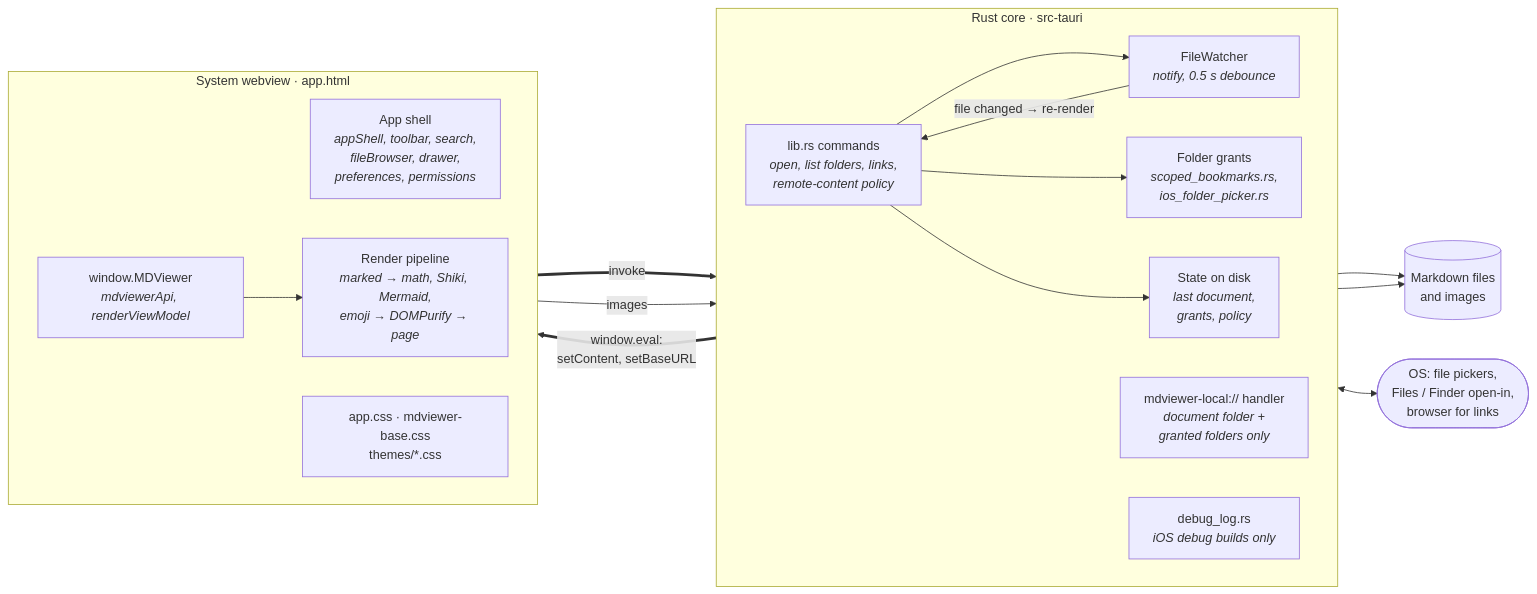
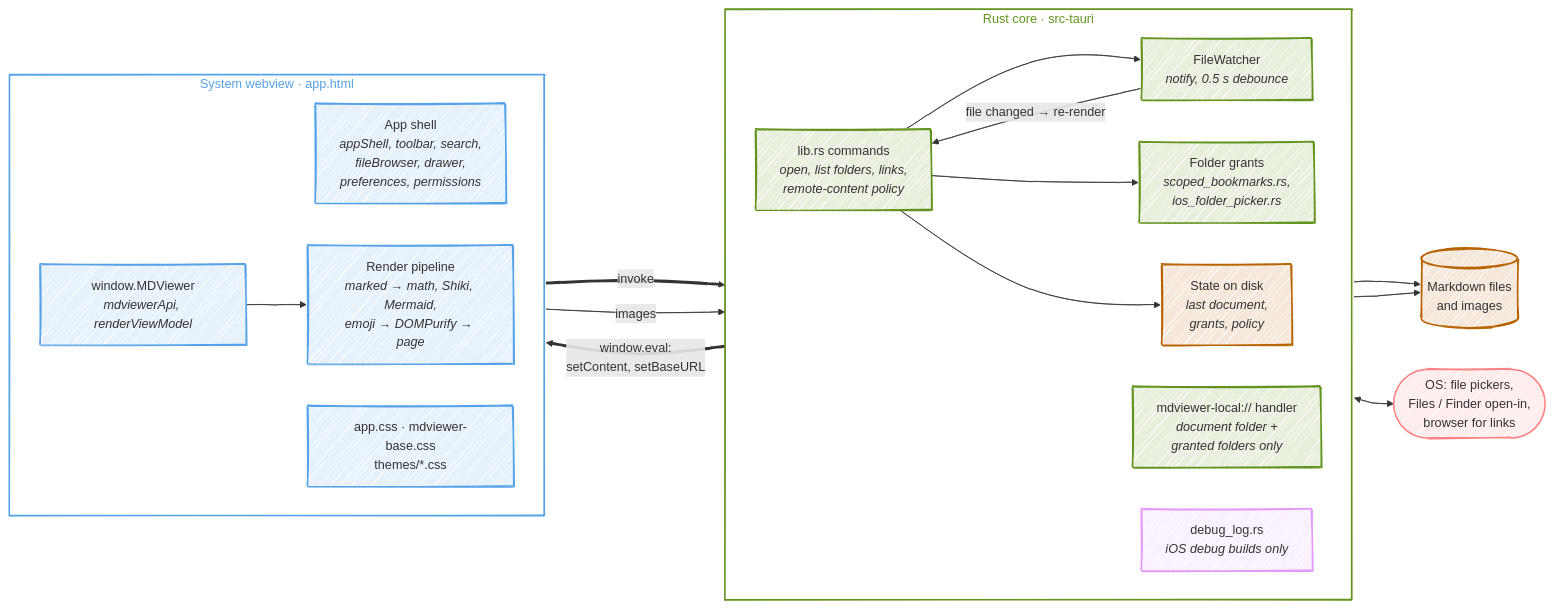
Before and after one commit to devicemanager/mdviewer: the first of 3 diagrams in docs/development/architecture.md, drawn with Mermaid. The commit also changed other lines of this file and 1 other file, not shown here.

First line of the commit message:
Draw the architecture diagrams in a hand-drawn style

````diff
--- a/docs/development/architecture.md
+++ b/docs/development/architecture.md
@@ -21,35 +21,53 @@
 ```mermaid
+---
+config:
+  look: handDrawn
+  fontFamily: "Comic Sans MS, Chalkboard SE, Segoe Print, cursive"
+---
 flowchart LR
     subgraph rust["Rust core · src-tauri"]
         direction LR
         cmds["lib.rs commands<br/><i>open, list folders, links,<br/>remote-content policy</i>"]
         scheme["mdviewer-local:// handler<br/><i>document folder +<br/>granted folders only</i>"]
         watcher["FileWatcher<br/><i>notify, 0.5 s debounce</i>"]
         grants["Folder grants<br/><i>scoped_bookmarks.rs,<br/>ios_folder_picker.rs</i>"]
         state["State on disk<br/><i>last document,<br/>grants, policy</i>"]
         dbg["debug_log.rs<br/><i>iOS debug builds only</i>"]
     end
 
     subgraph page["System webview · app.html"]
         direction LR
         shell["App shell<br/><i>appShell, toolbar, search,<br/>fileBrowser, drawer,<br/>preferences, permissions</i>"]
         api["window.MDViewer<br/><i>mdviewerApi, renderViewModel</i>"]
         pipeline["Render pipeline<br/><i>marked → math, Shiki, Mermaid,<br/>emoji → DOMPurify → page</i>"]
         styles["app.css · mdviewer-base.css<br/>themes/*.css"]
     end
 
     os(["OS: file pickers,<br/>Files / Finder open-in,<br/>browser for links"])
     disk[("Markdown files<br/>and images")]
 
     shell ==>|"invoke"| cmds
     cmds ==>|"window.eval:<br/>setContent, setBaseURL"| api
     api --> pipeline
     page -->|"images"| scheme
     cmds --> watcher
     cmds --> grants
     cmds --> state
     watcher -->|"file changed → re-render"| cmds
     scheme --> disk
     cmds --> disk
     cmds <--> os
+
+    classDef web fill:#56a2e826,stroke:#56a2e8,stroke-width:2px
+    classDef core fill:#63931f26,stroke:#63931f,stroke-width:2px
+    classDef ext fill:#ff838326,stroke:#ff8383,stroke-width:2px
+    classDef store fill:#b8620026,stroke:#b86200,stroke-width:2px
+    classDef debug fill:#e498f726,stroke:#e498f7,stroke-width:2px
+    class shell,api,pipeline,styles web
+    class cmds,scheme,watcher,grants core
+    class state,disk store
+    class os ext
+    class dbg debug
+    style rust fill:none,stroke:#63931f,color:#63931f,stroke-width:2px
+    style page fill:none,stroke:#56a2e8,color:#56a2e8,stroke-width:2px
 ```
````
